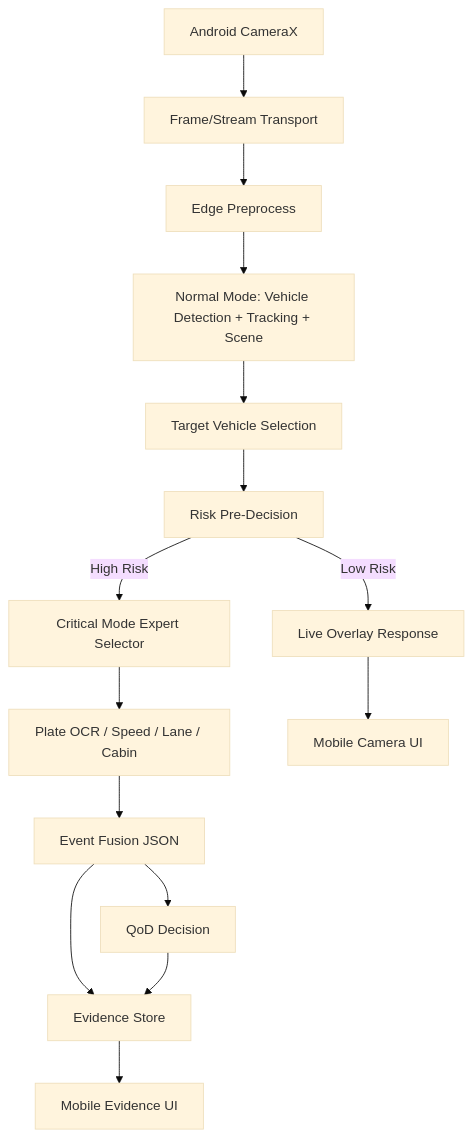
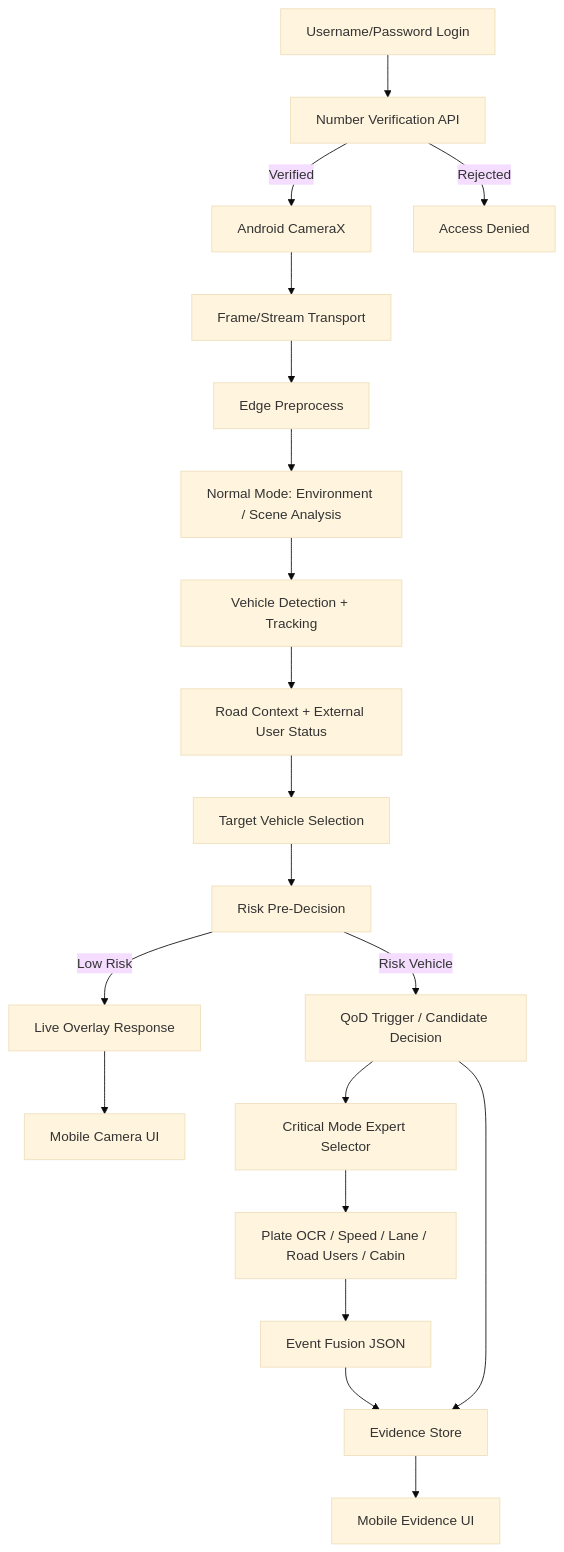
One commit to akyilidizbaran/anomali-road-safety-ai changed the diagram in docs/03_sistem_mimarisi/01_uctan_uca_mimari.md. Above: the diagram before and after it, drawn with Mermaid (base theme). The commit also changed other lines of this file and 27 other files, not shown here.

Commit message:
Align architecture with auth and QoD flow

````diff
--- a/docs/03_sistem_mimarisi/01_uctan_uca_mimari.md
+++ b/docs/03_sistem_mimarisi/01_uctan_uca_mimari.md
@@ -16,17 +18,22 @@
 ```mermaid
 flowchart TD
-  A["Android CameraX"] --> B["Frame/Stream Transport"]
+  Z["Username/Password Login"] --> Y["Number Verification API"]
+  Y -->|Verified| A["Android CameraX"]
+  Y -->|Rejected| X["Access Denied"]
+  A --> B["Frame/Stream Transport"]
   B --> C["Edge Preprocess"]
-  C --> D["Normal Mode: Vehicle Detection + Tracking + Scene"]
-  D --> E["Target Vehicle Selection"]
+  C --> D0["Normal Mode: Environment / Scene Analysis"]
+  D0 --> D["Vehicle Detection + Tracking"]
+  D --> R["Road Context + External User Status"]
+  R --> E["Target Vehicle Selection"]
   E --> F["Risk Pre-Decision"]
   F -->|Low Risk| G["Live Overlay Response"]
-  F -->|High Risk| H["Critical Mode Expert Selector"]
-  H --> I["Plate OCR / Speed / Lane / Cabin"]
+  F -->|Risk Vehicle| K["QoD Trigger / Candidate Decision"]
+  K --> H["Critical Mode Expert Selector"]
+  H --> I["Plate OCR / Speed / Lane / Road Users / Cabin"]
   I --> J["Event Fusion JSON"]
-  J --> K["QoD Decision"]
   J --> L["Evidence Store"]
   K --> L
   L --> M["Mobile Evidence UI"]
   G --> N["Mobile Camera UI"]
 ```
````
